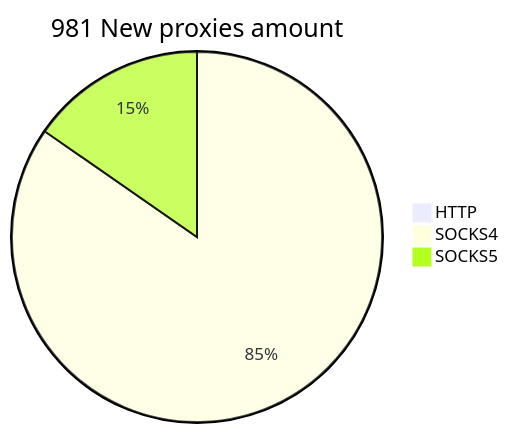
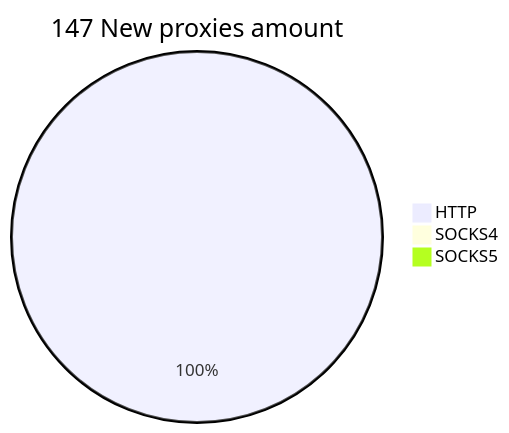
One commit to cutipu/proxylist changed the second of 2 diagrams in README.md. Above: the diagram before and after it, drawn with Mermaid. The commit also changed other lines of this file, not shown here.

````diff
--- a/README.md
+++ b/README.md
@@ -10,6 +10,6 @@
 ```mermaid
-pie title 981 New proxies amount
-    "HTTP" : 0
-    "SOCKS4" : 833
-    "SOCKS5" : 151
+pie title 147 New proxies amount
+    "HTTP" : 150
+    "SOCKS4" : 0
+    "SOCKS5" : 0
 ```
````
